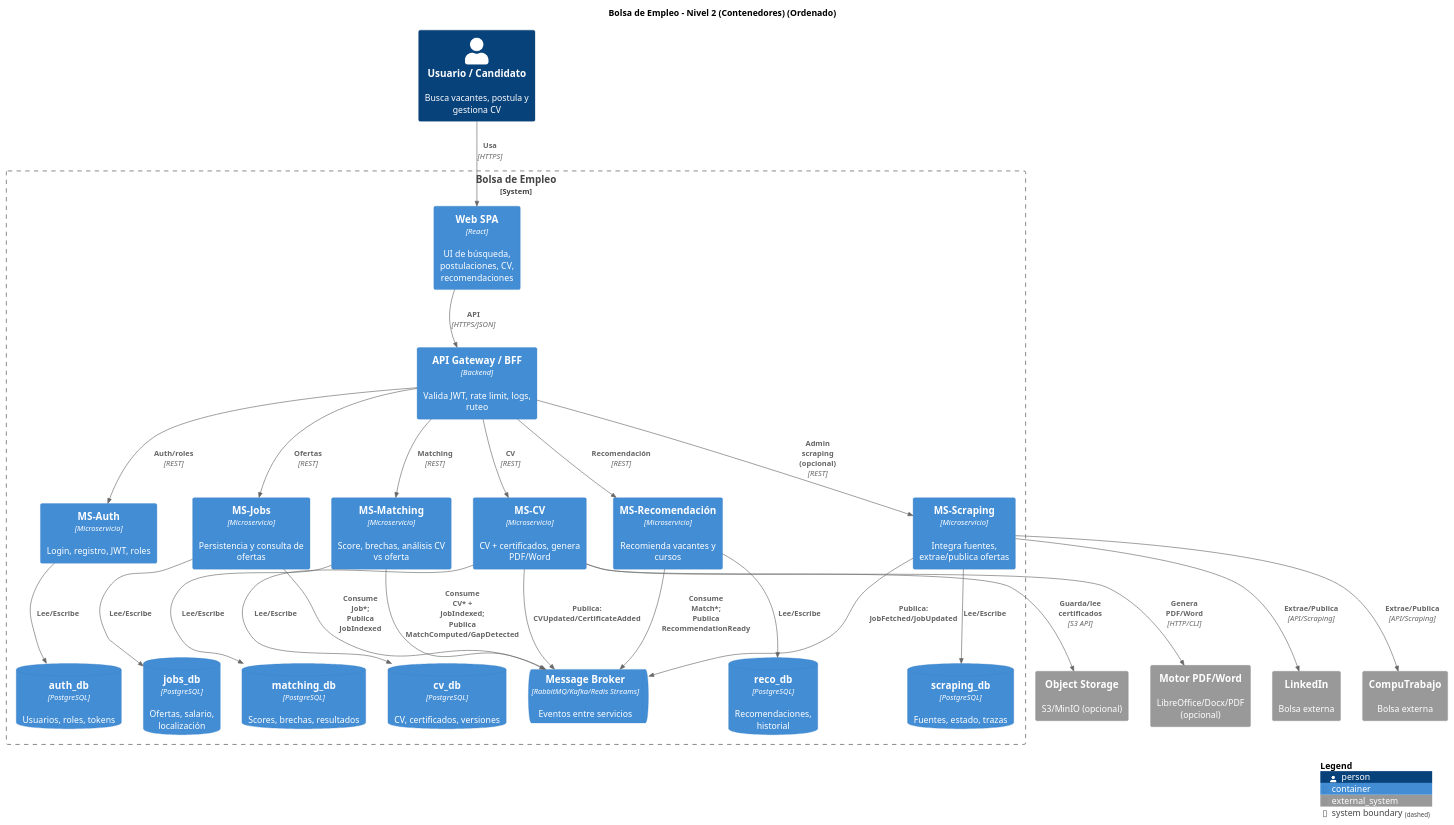
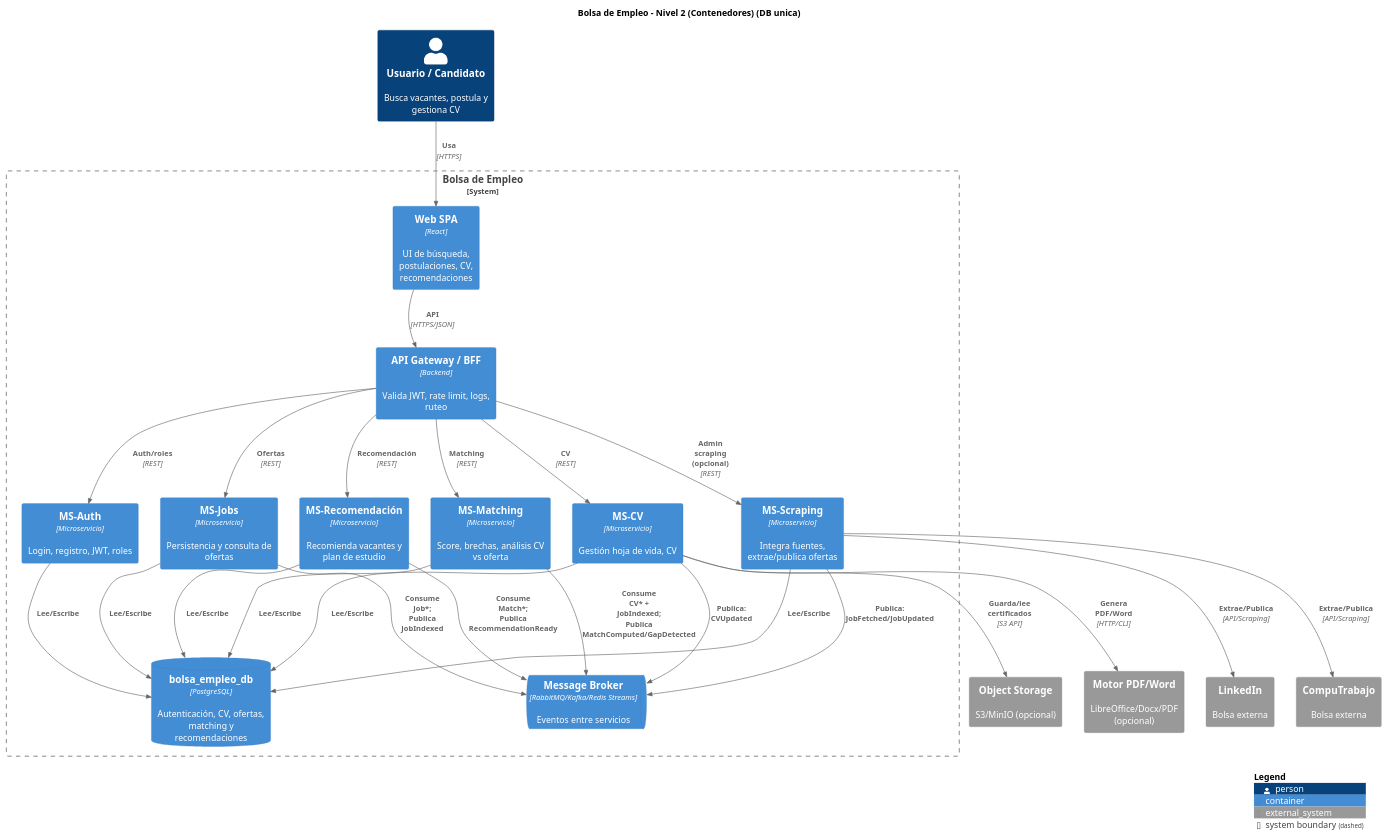
Before and after one commit to alexx00124/bolsa-empleo-architecture: the diagram in Nivel2/bolsaempleonivel2.puml, drawn with PlantUML.

Commit message:
refactor: actualice nivel2 de  C4

```diff
--- a/Nivel2/bolsaempleonivel2.puml
+++ b/Nivel2/bolsaempleonivel2.puml
@@ -1,96 +1,91 @@
 @startuml Nivel 2
 !include https://raw.githubusercontent.com/plantuml-stdlib/C4-PlantUML/master/C4_Container.puml
 
-title Bolsa de Empleo - Nivel 2 (Contenedores) (Ordenado)
+title Bolsa de Empleo - Nivel 2 (Contenedores) (DB unica)
 
-' Layout limpio
 LAYOUT_TOP_DOWN()
 skinparam shadowing false
 skinparam wrapWidth 180
 skinparam maxMessageSize 60
 
 Person(candidato, "Usuario / Candidato", "Busca vacantes, postula y gestiona CV")
 
 System_Boundary(s1, "Bolsa de Empleo") {
 
   ' ===== Capa UI =====
   Container(spa, "Web SPA", "React", "UI de búsqueda, postulaciones, CV, recomendaciones")
 
   ' ===== Capa Entrada =====
   Container(gateway, "API Gateway / BFF", "Backend", "Valida JWT, rate limit, logs, ruteo")
 
   ' ===== Capa Servicios =====
   Container(auth, "MS-Auth", "Microservicio", "Login, registro, JWT, roles")
-  Container(cv, "MS-CV", "Microservicio", "CV + certificados, genera PDF/Word")
+  Container(cv, "MS-CV", "Microservicio", "Gestión hoja de vida, CV")
   Container(jobs, "MS-Jobs", "Microservicio", "Persistencia y consulta de ofertas")
   Container(matching, "MS-Matching", "Microservicio", "Score, brechas, análisis CV vs oferta")
-  Container(reco, "MS-Recomendación", "Microservicio", "Recomienda vacantes y cursos")
+  Container(reco, "MS-Recomendación", "Microservicio", "Recomienda vacantes y plan de estudio")
   Container(scraping, "MS-Scraping", "Microservicio", "Integra fuentes, extrae/publica ofertas")
 
-  ' ===== Broker (centro) =====
+  ' ===== Broker =====
   ContainerQueue(broker, "Message Broker", "RabbitMQ/Kafka/Redis Streams", "Eventos entre servicios")
 
-  ' ===== Capa Datos =====
-  ContainerDb(authDb, "auth_db", "PostgreSQL", "Usuarios, roles, tokens")
-  ContainerDb(cvDb, "cv_db", "PostgreSQL", "CV, certificados, versiones")
-  ContainerDb(jobsDb, "jobs_db", "PostgreSQL", "Ofertas, salario, localización")
-  ContainerDb(matchingDb, "matching_db", "PostgreSQL", "Scores, brechas, resultados")
-  ContainerDb(recoDb, "reco_db", "PostgreSQL", "Recomendaciones, historial")
-  ContainerDb(scrapingDb, "scraping_db", "PostgreSQL", "Fuentes, estado, trazas")
+  ' ===== Capa Datos (UNICA) =====
+  ContainerDb(mainDb, "bolsa_empleo_db", "PostgreSQL", "Autenticación, CV, ofertas, matching y recomendaciones")
 }
 
-' ===== Externos a la derecha =====
+' ===== Externos =====
 System_Ext(linkedin, "LinkedIn", "Bolsa externa")
 System_Ext(compu, "CompuTrabajo", "Bolsa externa")
 System_Ext(storage, "Object Storage", "S3/MinIO (opcional)")
 System_Ext(wordpdf, "Motor PDF/Word", "LibreOffice/Docx/PDF (opcional)")
 
-' ===== Flujo principal (vertical) =====
+' ===== Flujo principal =====
 Rel(candidato, spa, "Usa", "HTTPS")
 Rel(spa, gateway, "API", "HTTPS/JSON")
 
 Rel(gateway, auth, "Auth/roles", "REST")
 Rel(gateway, cv, "CV", "REST")
 Rel(gateway, jobs, "Ofertas", "REST")
 Rel(gateway, matching, "Matching", "REST")
 Rel(gateway, reco, "Recomendación", "REST")
 Rel(gateway, scraping, "Admin scraping (opcional)", "REST")
 
-' ===== DBs abajo (vertical) =====
-Rel(auth, authDb, "Lee/Escribe")
-Rel(cv, cvDb, "Lee/Escribe")
-Rel(jobs, jobsDb, "Lee/Escribe")
-Rel(matching, matchingDb, "Lee/Escribe")
-Rel(reco, recoDb, "Lee/Escribe")
-Rel(scraping, scrapingDb, "Lee/Escribe")
+' ===== DB unica =====
+Rel(auth, mainDb, "Lee/Escribe")
+Rel(cv, mainDb, "Lee/Escribe")
+Rel(jobs, mainDb, "Lee/Escribe")
+Rel(matching, mainDb, "Lee/Escribe")
+Rel(reco, mainDb, "Lee/Escribe")
+Rel(scraping, mainDb, "Lee/Escribe")
 
-' ===== Externos (laterales) =====
+' ===== Externos =====
 Rel(cv, storage, "Guarda/lee certificados", "S3 API")
 Rel(cv, wordpdf, "Genera PDF/Word", "HTTP/CLI")
 Rel(scraping, linkedin, "Extrae/Publica", "API/Scraping")
 Rel(scraping, compu, "Extrae/Publica", "API/Scraping")
 
-' ===== Eventos (solo con broker) =====
+' ===== Eventos =====
 Rel(scraping, broker, "Publica: JobFetched/JobUpdated")
 Rel(jobs, broker, "Consume Job*; Publica JobIndexed")
-Rel(cv, broker, "Publica: CVUpdated/CertificateAdded")
+Rel(cv, broker, "Publica: CVUpdated")
 Rel(matching, broker, "Consume CV* + JobIndexed; Publica MatchComputed/GapDetected")
 Rel(reco, broker, "Consume Match*; Publica RecommendationReady")
 
-' Forzar alineación por capas (evita cruces)
+' ===== Alineación por capas =====
 Lay_Down(spa, gateway)
 Lay_Down(gateway, auth)
 Lay_Down(gateway, cv)
 Lay_Down(gateway, jobs)
 Lay_Down(gateway, matching)
 Lay_Down(gateway, reco)
 Lay_Down(gateway, scraping)
-Lay_Down(auth, authDb)
-Lay_Down(cv, cvDb)
-Lay_Down(jobs, jobsDb)
-Lay_Down(matching, matchingDb)
-Lay_Down(reco, recoDb)
-Lay_Down(scraping, scrapingDb)
+
+Lay_Down(auth, mainDb)
+Lay_Down(cv, mainDb)
+Lay_Down(jobs, mainDb)
+Lay_Down(matching, mainDb)
+Lay_Down(reco, mainDb)
+Lay_Down(scraping, mainDb)
 
 SHOW_LEGEND()
 @enduml
```
